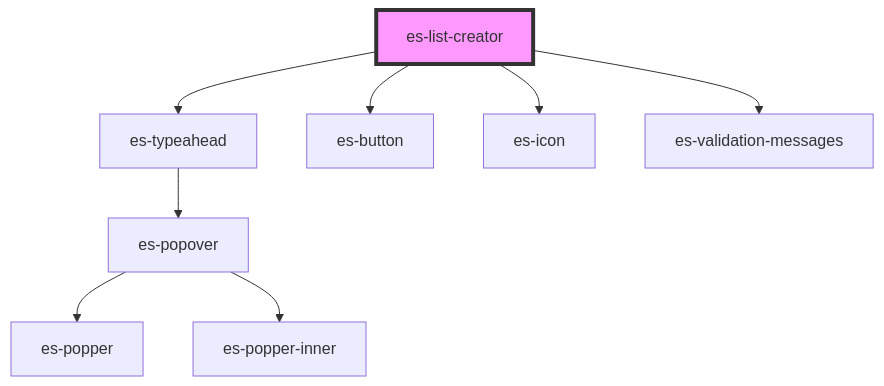
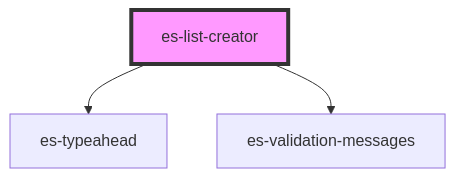
One commit to EventStore/Design-System changed the diagram in packages/fields/src/components/es-list-creator/readme.md. Above: the diagram before and after it, drawn with Mermaid. The commit also changed other lines of this file and 21 other files, not shown here.

````diff
--- a/packages/fields/src/components/es-list-creator/readme.md
+++ b/packages/fields/src/components/es-list-creator/readme.md
@@ -41,11 +39,6 @@
 ```mermaid
 graph TD;
   es-list-creator --> es-typeahead
-  es-list-creator --> es-button
-  es-list-creator --> es-icon
   es-list-creator --> es-validation-messages
-  es-typeahead --> es-popover
-  es-popover --> es-popper
-  es-popover --> es-popper-inner
   style es-list-creator fill:#f9f,stroke:#333,stroke-width:4px
 ```
````
